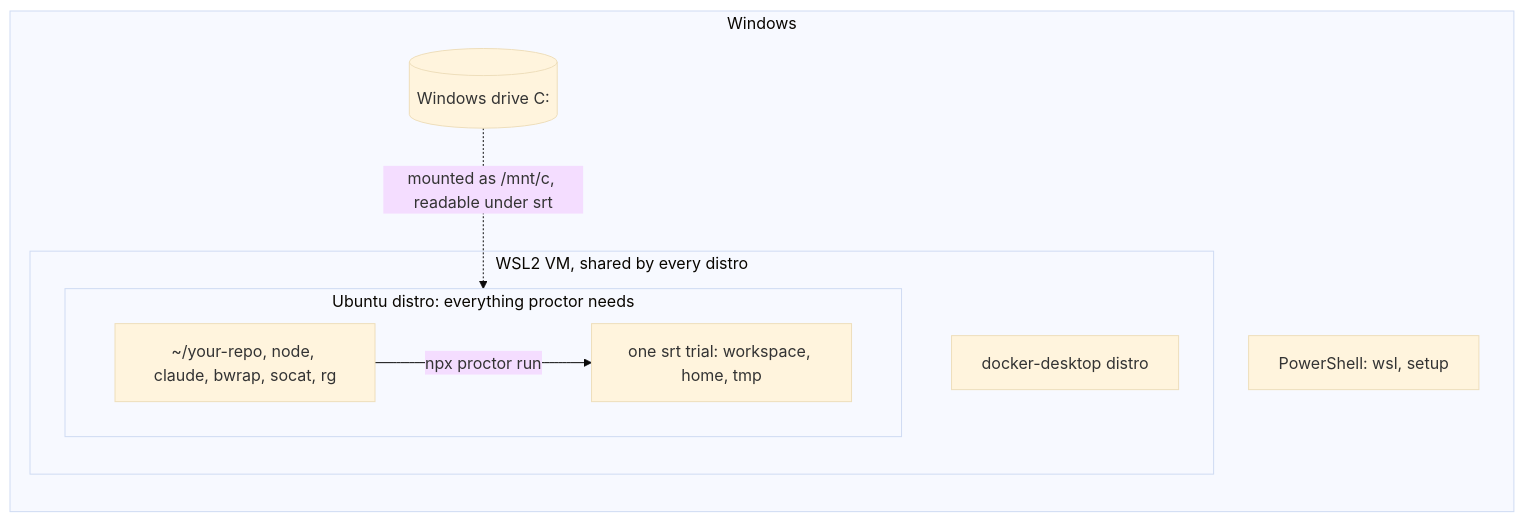
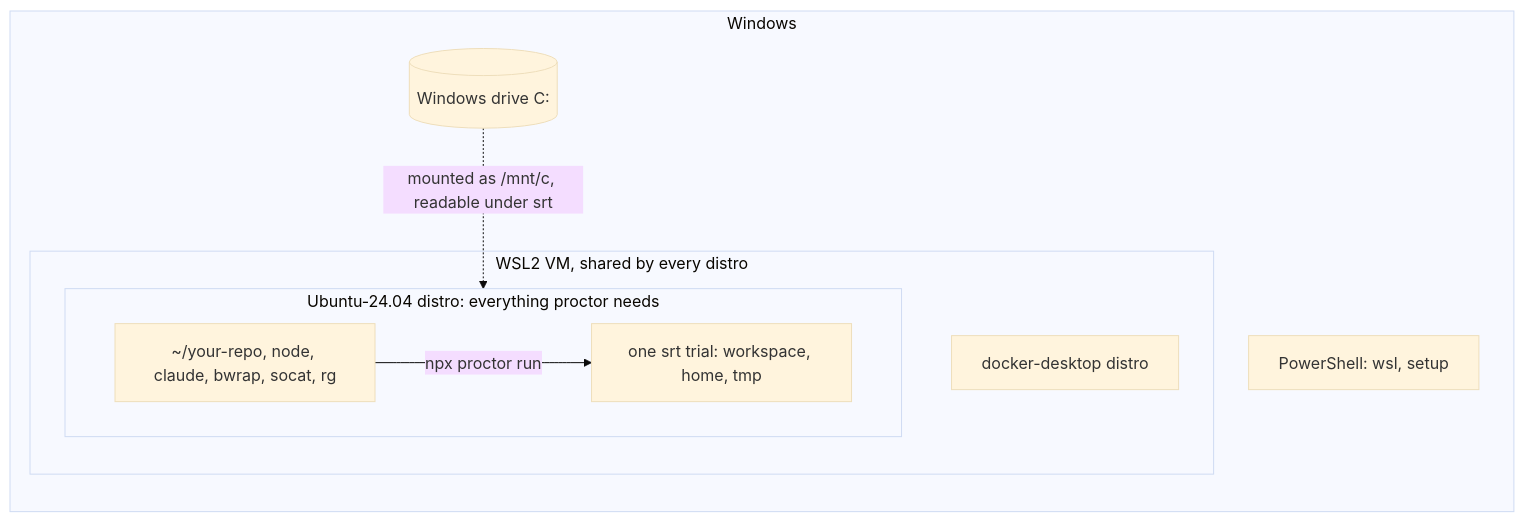
One commit to Luce-Florian/proctor changed the diagram in docs/windows.md. Above: the diagram before and after it, drawn with Mermaid (base theme). The commit also changed other lines of this file and 1 other file, not shown here.

First line of the commit message:
docs: pin Ubuntu 24.04 in the Windows page

````diff
--- a/docs/windows.md
+++ b/docs/windows.md
@@ -5,16 +5,16 @@
 ```mermaid
 flowchart LR
     subgraph Windows
         PS["PowerShell: wsl, setup"]
         C[("Windows drive C:")]
         subgraph VM["WSL2 VM, shared by every distro"]
-            subgraph Ubuntu["Ubuntu distro: everything proctor needs"]
+            subgraph Ubuntu["Ubuntu-24.04 distro: everything proctor needs"]
                 R["~/your-repo, node, claude, bwrap, socat, rg"]
                 T["one srt trial: workspace, home, tmp"]
                 R -- "npx proctor run" --> T
             end
             D["docker-desktop distro"]
         end
         C -. "mounted as /mnt/c, readable under srt" .-> Ubuntu
     end
 ```
````
